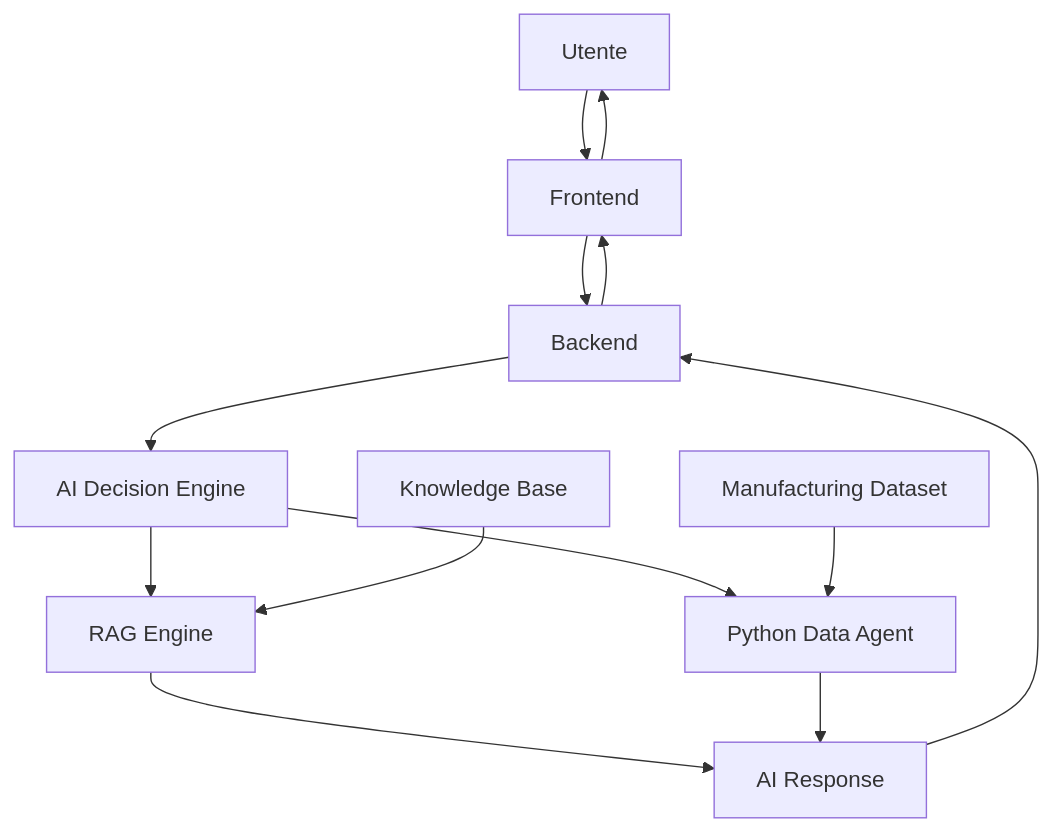
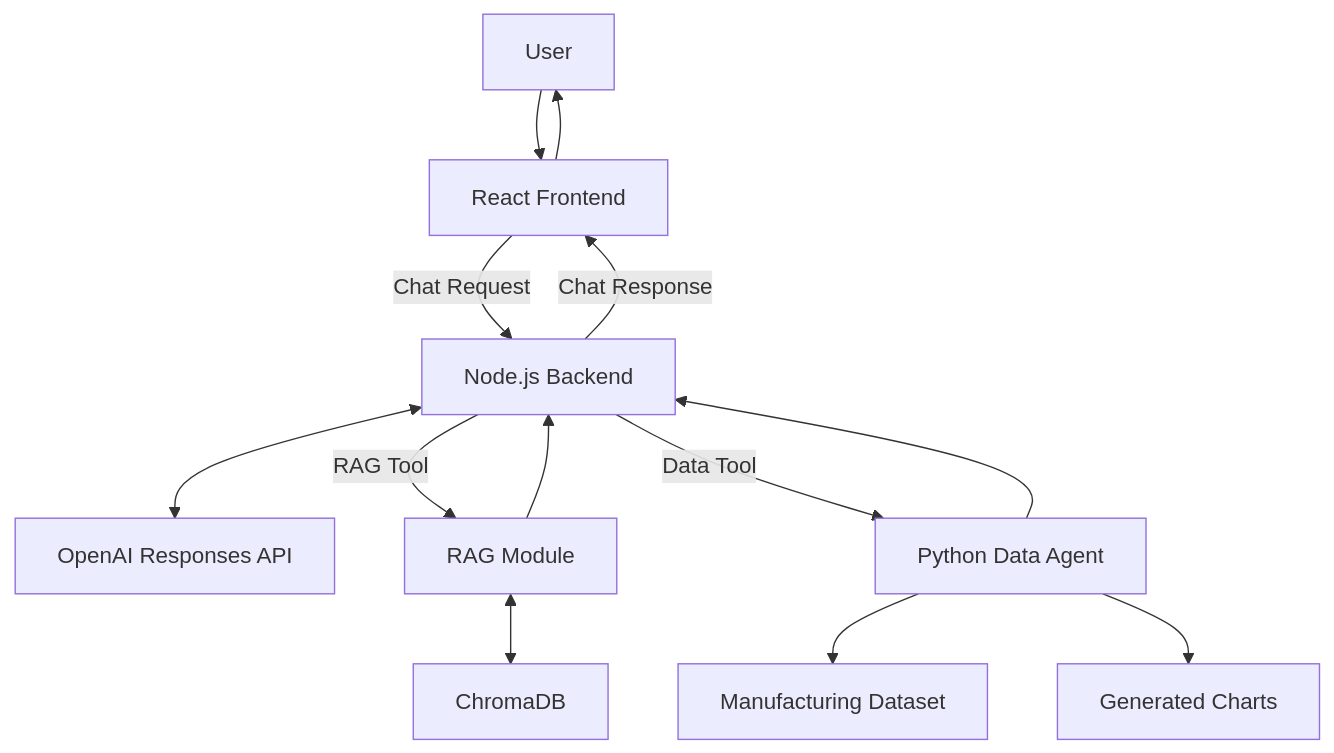
One commit to marcosaccani1/maranello-ai changed the fifth of 5 diagrams in docs/it/04_Data_Model.md. Above: the diagram before and after it, drawn with Mermaid. The commit also changed other lines of this file and 7 other files, not shown here.

````diff
--- a/docs/it/04_Data_Model.md
+++ b/docs/it/04_Data_Model.md
@@ -844,45 +2078,45 @@
 ```mermaid
 flowchart TD
 
-User["Utente"]
+    User["User"]
 
-Frontend["Frontend"]
+    Frontend["React Frontend"]
 
-Backend["Backend"]
+    Backend["Node.js Backend"]
 
-Decision["AI Decision Engine"]
+    OpenAI["OpenAI Responses API"]
 
-RAG["RAG Engine"]
+    RAG["RAG Module"]
 
-DataAgent["Python Data Agent"]
+    Chroma["ChromaDB"]
 
-Knowledge["Knowledge Base"]
+    DataAgent["Python Data Agent"]
 
-Dataset["Manufacturing Dataset"]
+    Dataset["Manufacturing Dataset"]
 
-Response["AI Response"]
+    Charts["Generated Charts"]
 
-User --> Frontend
+    User --> Frontend
 
-Frontend --> Backend
+    Frontend -->|"Chat Request"| Backend
 
-Backend --> Decision
+    Backend <--> OpenAI
 
-Decision --> RAG
+    Backend -->|"RAG Tool"| RAG
 
-Decision --> DataAgent
+    RAG <--> Chroma
 
-Knowledge --> RAG
+    Backend -->|"Data Tool"| DataAgent
 
-Dataset --> DataAgent
+    DataAgent --> Dataset
 
-RAG --> Response
+    DataAgent --> Charts
 
-DataAgent --> Response
+    RAG --> Backend
 
-Response --> Backend
+    DataAgent --> Backend
 
-Backend --> Frontend
+    Backend -->|"Chat Response"| Frontend
 
-Frontend --> User
+    Frontend --> User
 ```
````
